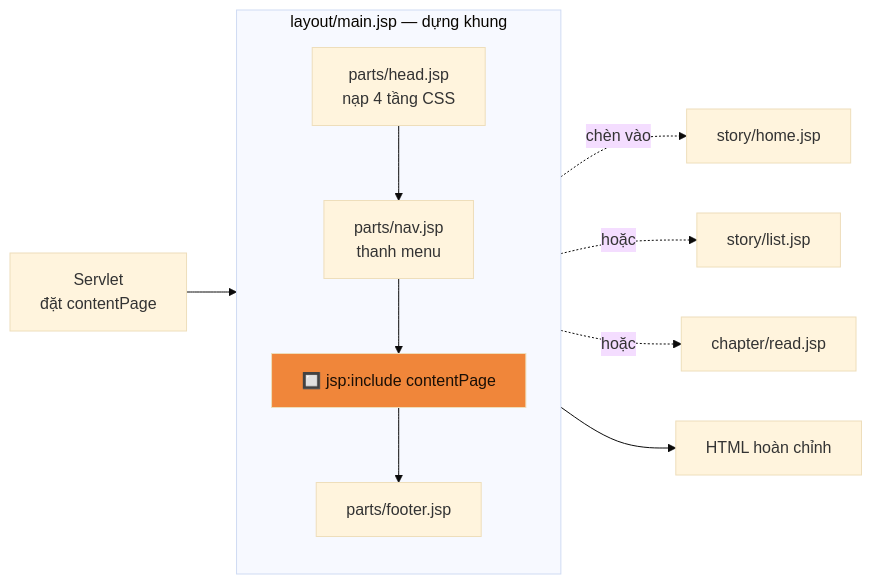
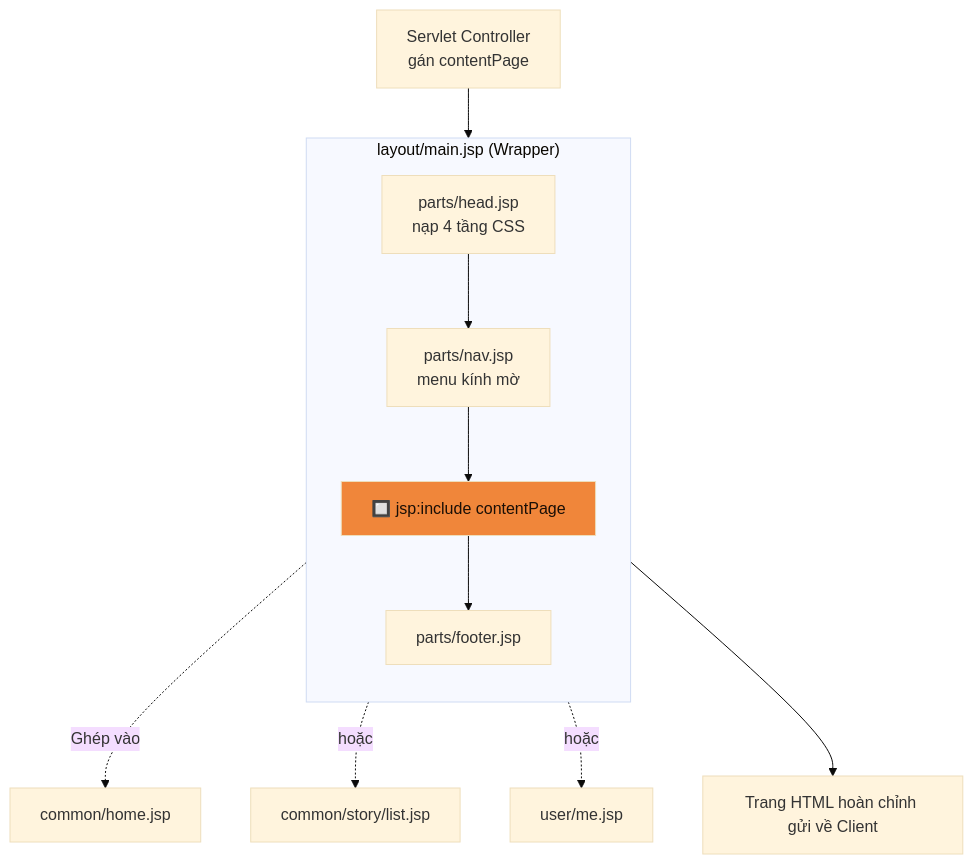
One commit to HiTranquility/Web changed the tenth of 12 diagrams in DoAn-WebDocTruyen/docs/architecture/so-do.md. Above: the diagram before and after it, drawn with Mermaid (base theme). The commit also changed other lines of this file and 1 other file, not shown here.

````diff
--- a/DoAn-WebDocTruyen/docs/architecture/so-do.md
+++ b/DoAn-WebDocTruyen/docs/architecture/so-do.md
@@ -247,21 +510,21 @@
 ```mermaid
-flowchart LR
-    S["Servlet<br/>đặt contentPage"] --> LAY
+flowchart TD
+    S["Servlet Controller<br/>gán contentPage"] --> LAY
 
-    subgraph LAY ["layout/main.jsp — dựng khung"]
+    subgraph LAY ["layout/main.jsp (Wrapper)"]
         direction TB
         H["parts/head.jsp<br/>nạp 4 tầng CSS"]
-        N["parts/nav.jsp<br/>thanh menu"]
+        N["parts/nav.jsp<br/>menu kính mờ"]
         SLOT["🔲 jsp:include contentPage"]
         FO["parts/footer.jsp"]
         H --> N --> SLOT --> FO
     end
 
-    SLOT -.->|chèn vào| P1["story/home.jsp"]
-    SLOT -.->|hoặc| P2["story/list.jsp"]
-    SLOT -.->|hoặc| P3["chapter/read.jsp"]
+    SLOT -.->|Ghép vào| P1["common/home.jsp"]
+    SLOT -.->|hoặc| P2["common/story/list.jsp"]
+    SLOT -.->|hoặc| P3["user/me.jsp"]
 
-    LAY --> OUT["HTML hoàn chỉnh"]
+    LAY --> OUT["Trang HTML hoàn chỉnh gửi về Client"]
 
     style SLOT fill:#f0863a,color:#1a0f06
 ```
````
